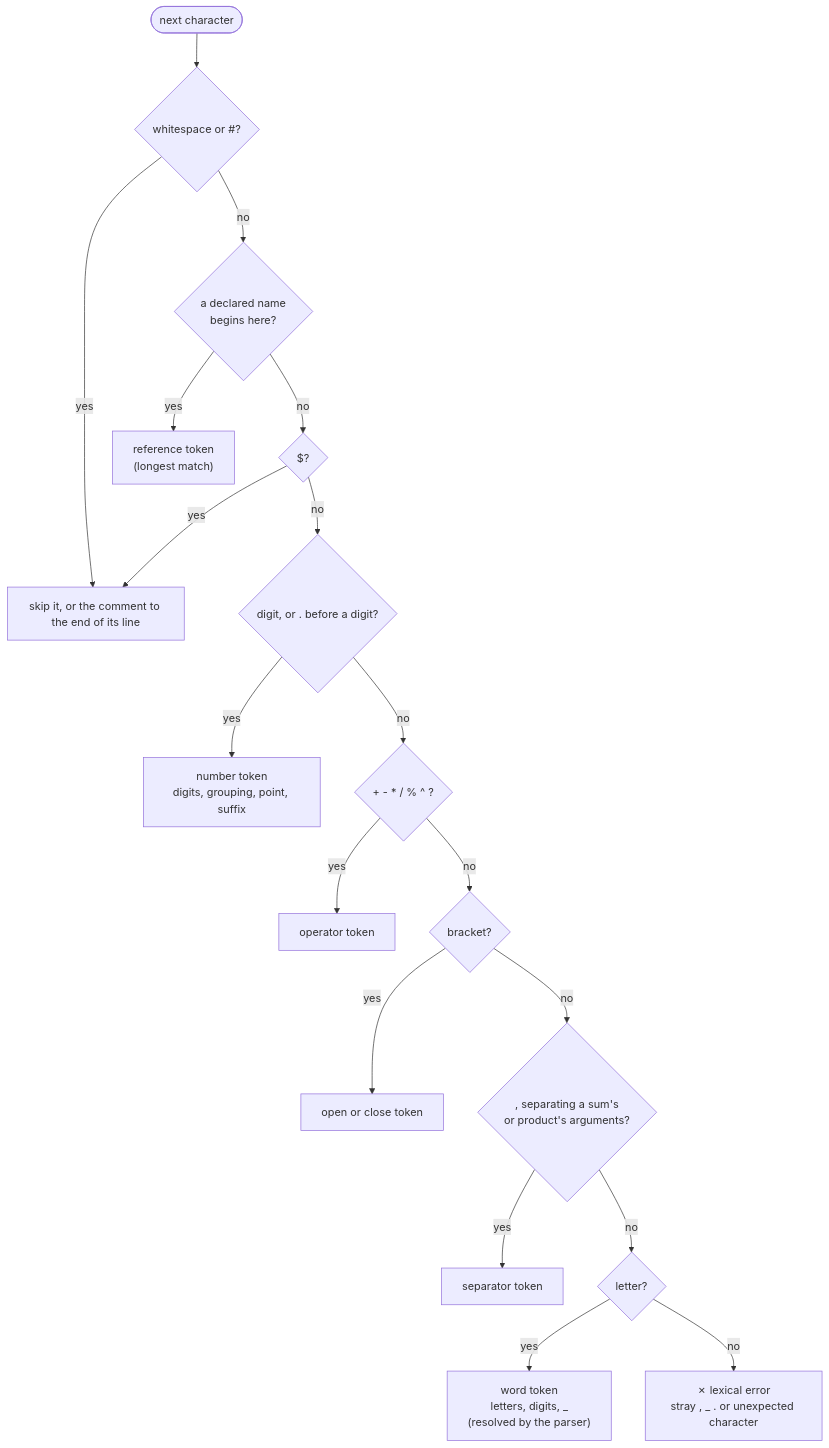
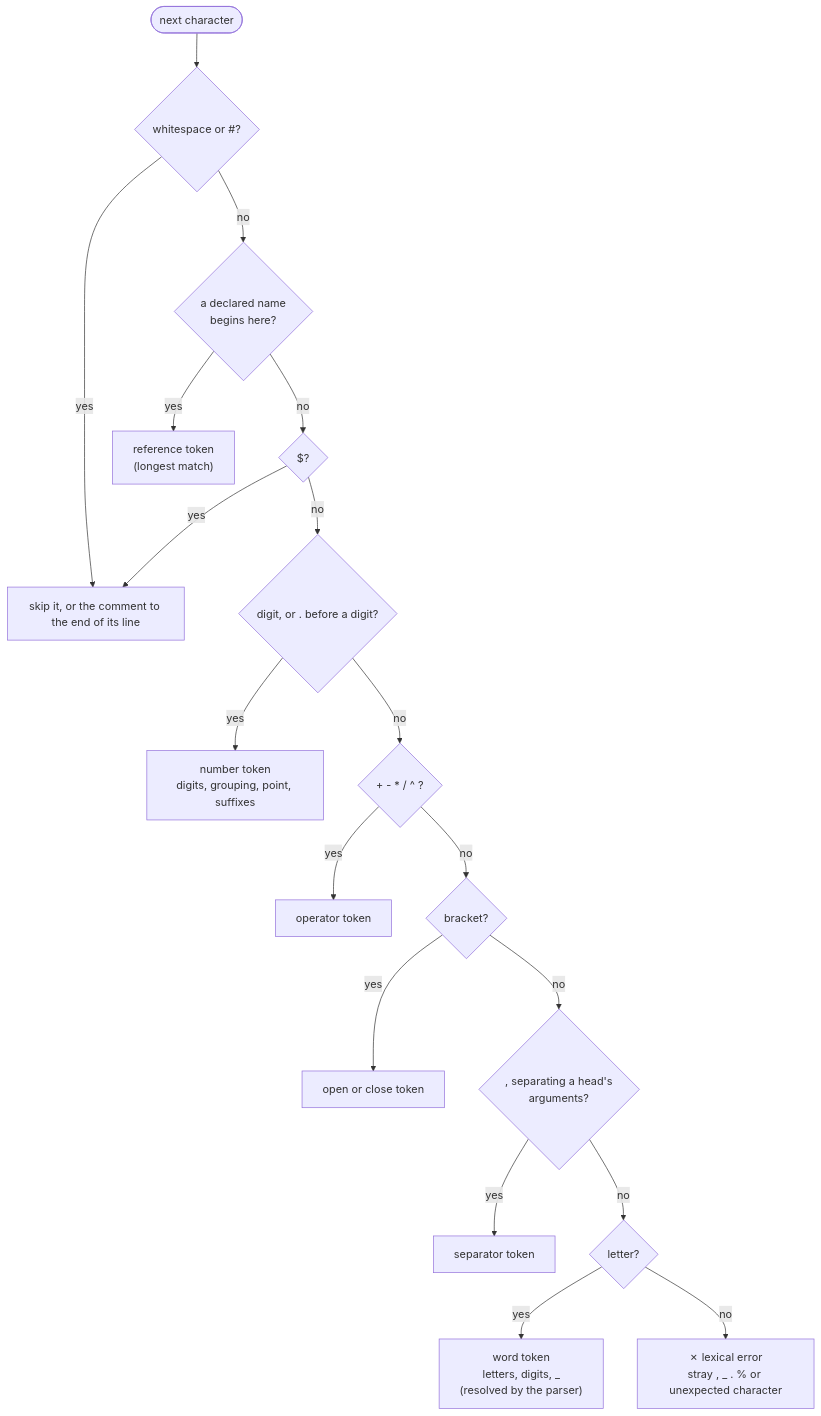
The second of 8 diagrams in src/lib/calculator/README.md (awpala/financial-calculators), drawn with Mermaid before and after one commit. The commit also changed other lines of this file and 16 other files, not shown here.

````diff
--- a/src/lib/calculator/README.md
+++ b/src/lib/calculator/README.md
@@ -401,20 +410,20 @@
 ```mermaid
 flowchart TD
     START(["next character"]) --> SKIP{"whitespace or #35;?"}
     SKIP -- yes --> PASS["skip it, or the comment to the end of its line"]
     SKIP -- no --> NAME{"a declared name<br/>begins here?"}
     NAME -- yes --> TNAME["reference token<br/>(longest match)"]
     NAME -- no --> DOLLAR{"#36;?"}
     DOLLAR -- yes --> PASS
     DOLLAR -- no --> DIGIT{"digit, or . before a digit?"}
-    DIGIT -- yes --> TNUM["number token<br/>digits, grouping, point, suffix"]
-    DIGIT -- no --> OP{"+ - * / % ^ ?"}
+    DIGIT -- yes --> TNUM["number token<br/>digits, grouping, point, suffixes"]
+    DIGIT -- no --> OP{"+ - * / ^ ?"}
     OP -- yes --> TOP["operator token"]
     OP -- no --> BR{"bracket?"}
     BR -- yes --> TBR["open or close token"]
-    BR -- no --> SEP{", separating a sum's<br/>or product's arguments?"}
+    BR -- no --> SEP{", separating a head's<br/>arguments?"}
     SEP -- yes --> TSEP["separator token"]
     SEP -- no --> LETTER{"letter?"}
     LETTER -- yes --> TWORD["word token<br/>letters, digits, _<br/>(resolved by the parser)"]
-    LETTER -- no --> ERR["✗ lexical error<br/>stray , _ . or unexpected character"]
+    LETTER -- no --> ERR["✗ lexical error<br/>stray , _ . #37; or unexpected character"]
 ```
````
